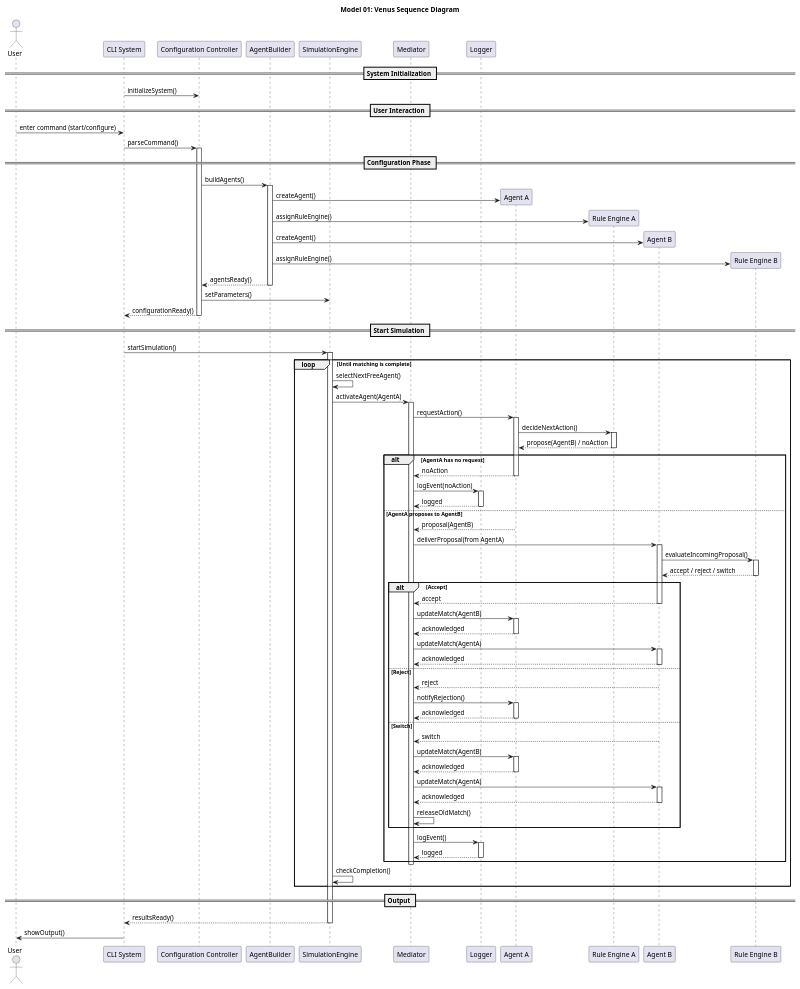
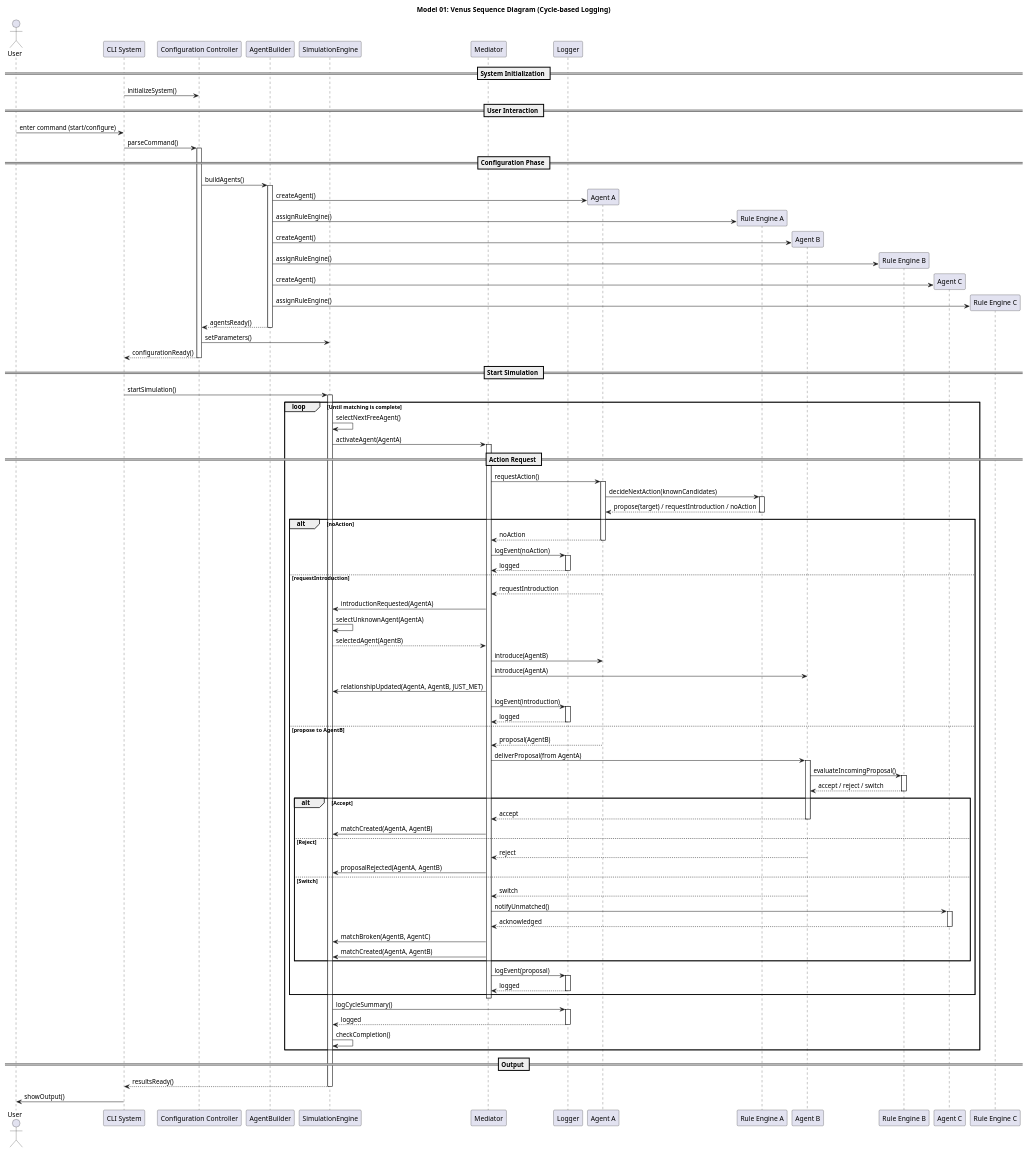
One commit to KCyrusNF/Dyad-Epistemics changed the diagram in M01 Venus/docs/figures/Sequence Diagram.puml. Above: the diagram before and after it, drawn with PlantUML.

Commit message:
Update sequence diagram

```diff
--- a/M01 Venus/docs/figures/Sequence Diagram.puml
+++ b/M01 Venus/docs/figures/Sequence Diagram.puml
@@ -1,151 +1,170 @@
 @startuml
-title "Model 01: Venus Sequence Diagram"
+
+
+title "Model 01: Venus Sequence Diagram (Cycle-based Logging)"
 
 actor User
 participant "CLI System" as CLISystem
 participant "Configuration Controller" as ConfigController
 participant AgentBuilder
 participant SimulationEngine
 participant Mediator
 participant Logger
 
 participant "Agent A" as AgentA
 participant "Rule Engine A" as RuleEngineA
 participant "Agent B" as AgentB
 participant "Rule Engine B" as RuleEngineB
+participant "Agent C" as AgentC
+participant "Rule Engine C" as RuleEngineC
 
 == System Initialization ==
 
 CLISystem -> ConfigController : initializeSystem()
 
 == User Interaction ==
 
 User -> CLISystem : enter command (start/configure)
 CLISystem -> ConfigController : parseCommand()
 
 == Configuration Phase ==
 
 activate ConfigController
 
 ConfigController -> AgentBuilder : buildAgents()
 activate AgentBuilder
 
 create AgentA
 AgentBuilder -> AgentA : createAgent()
-
 create RuleEngineA
 AgentBuilder -> RuleEngineA : assignRuleEngine()
 
 create AgentB
 AgentBuilder -> AgentB : createAgent()
-
 create RuleEngineB
 AgentBuilder -> RuleEngineB : assignRuleEngine()
+
+create AgentC
+AgentBuilder -> AgentC : createAgent()
+create RuleEngineC
+AgentBuilder -> RuleEngineC : assignRuleEngine()
 
 AgentBuilder --> ConfigController : agentsReady()
 deactivate AgentBuilder
 
 ConfigController -> SimulationEngine : setParameters()
 ConfigController --> CLISystem : configurationReady()
 
 deactivate ConfigController
 
 == Start Simulation ==
 
 CLISystem -> SimulationEngine : startSimulation()
 activate SimulationEngine
 
 loop Until matching is complete
 
     SimulationEngine -> SimulationEngine : selectNextFreeAgent()
     SimulationEngine -> Mediator : activateAgent(AgentA)
     activate Mediator
 
+    == Action Request ==
+
     Mediator -> AgentA : requestAction()
     activate AgentA
 
-    AgentA -> RuleEngineA : decideNextAction()
+    AgentA -> RuleEngineA : decideNextAction(knownCandidates)
     activate RuleEngineA
-    RuleEngineA --> AgentA : propose(AgentB) / noAction
+    RuleEngineA --> AgentA : propose(target) / requestIntroduction / noAction
     deactivate RuleEngineA
 
-    alt AgentA has no request
+    alt noAction
         AgentA --> Mediator : noAction
         deactivate AgentA
 
         Mediator -> Logger : logEvent(noAction)
         activate Logger
         Logger --> Mediator : logged
         deactivate Logger
 
-    else AgentA proposes to AgentB
+    else requestIntroduction
+        AgentA --> Mediator : requestIntroduction
+        deactivate AgentA
+
+        Mediator -> SimulationEngine : introductionRequested(AgentA)
+
+        SimulationEngine -> SimulationEngine : selectUnknownAgent(AgentA)
+        SimulationEngine --> Mediator : selectedAgent(AgentB)
+
+        Mediator -> AgentA : introduce(AgentB)
+        Mediator -> AgentB : introduce(AgentA)
+
+        Mediator -> SimulationEngine : relationshipUpdated(AgentA, AgentB, JUST_MET)
+
+        Mediator -> Logger : logEvent(introduction)
+        activate Logger
+        Logger --> Mediator : logged
+        deactivate Logger
+
+    else propose to AgentB
         AgentA --> Mediator : proposal(AgentB)
         deactivate AgentA
 
         Mediator -> AgentB : deliverProposal(from AgentA)
         activate AgentB
 
         AgentB -> RuleEngineB : evaluateIncomingProposal()
         activate RuleEngineB
         RuleEngineB --> AgentB : accept / reject / switch
         deactivate RuleEngineB
 
         alt Accept
             AgentB --> Mediator : accept
             deactivate AgentB
 
-            Mediator -> AgentA : updateMatch(AgentB)
-            activate AgentA
-            AgentA --> Mediator : acknowledged
-            deactivate AgentA
-
-            Mediator -> AgentB : updateMatch(AgentA)
-            activate AgentB
-            AgentB --> Mediator : acknowledged
-            deactivate AgentB
+            Mediator -> SimulationEngine : matchCreated(AgentA, AgentB)
 
         else Reject
             AgentB --> Mediator : reject
             deactivate AgentB
 
-            Mediator -> AgentA : notifyRejection()
-            activate AgentA
-            AgentA --> Mediator : acknowledged
-            deactivate AgentA
+            Mediator -> SimulationEngine : proposalRejected(AgentA, AgentB)
 
         else Switch
             AgentB --> Mediator : switch
             deactivate AgentB
 
-            Mediator -> AgentA : updateMatch(AgentB)
-            activate AgentA
-            AgentA --> Mediator : acknowledged
-            deactivate AgentA
+            Mediator -> AgentC : notifyUnmatched()
+            activate AgentC
+            AgentC --> Mediator : acknowledged
+            deactivate AgentC
 
-            Mediator -> AgentB : updateMatch(AgentA)
-            activate AgentB
-            AgentB --> Mediator : acknowledged
-            deactivate AgentB
-
-            Mediator -> Mediator : releaseOldMatch()
+            Mediator -> SimulationEngine : matchBroken(AgentB, AgentC)
+            Mediator -> SimulationEngine : matchCreated(AgentA, AgentB)
         end
 
-        Mediator -> Logger : logEvent()
+        Mediator -> Logger : logEvent(proposal)
         activate Logger
         Logger --> Mediator : logged
         deactivate Logger
     end
 
     deactivate Mediator
+
+    SimulationEngine -> Logger : logCycleSummary()
+    activate Logger
+    Logger --> SimulationEngine : logged
+    deactivate Logger
 
     SimulationEngine -> SimulationEngine : checkCompletion()
 
 end
 
 == Output ==
 
 SimulationEngine --> CLISystem : resultsReady()
 deactivate SimulationEngine
 
 CLISystem -> User : showOutput()
+
 @enduml
```
